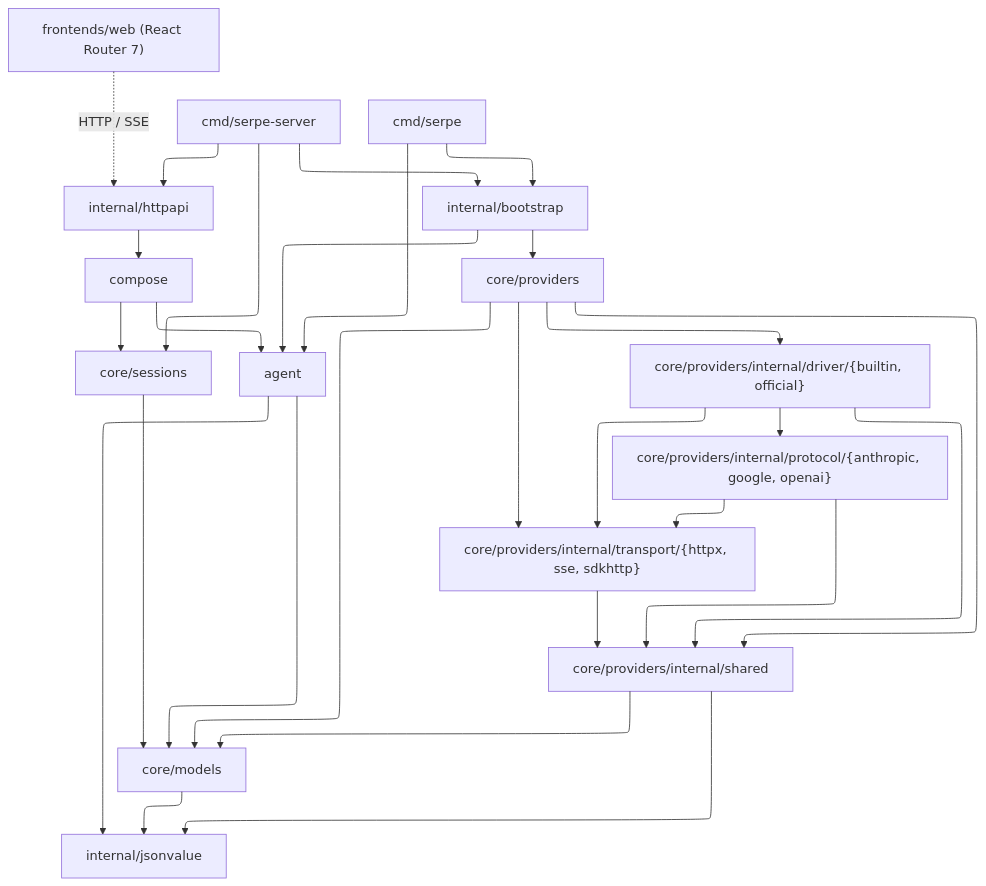
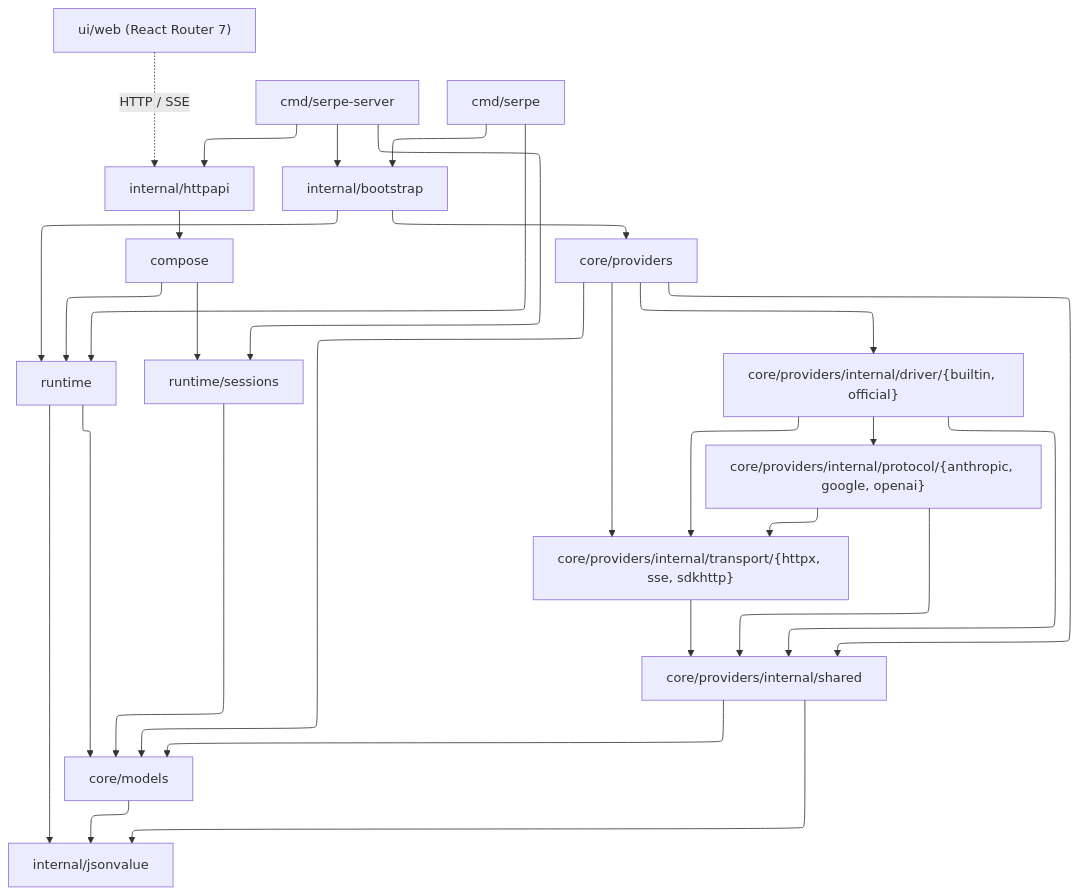
Before and after one commit to h2cone/serpe: the first of 3 diagrams in README.md, drawn with Mermaid. The commit also changed other lines of this file and 113 other files, not shown here.

````diff
--- a/README.md
+++ b/README.md
@@ -9,57 +9,57 @@
 ```mermaid
 %%{init: {"flowchart": {"defaultRenderer": "elk"}}}%%
 flowchart TB
     %% Entrypoints
-    web["frontends/web (React Router 7)"]
+    web["ui/web (React Router 7)"]
     serve["cmd/serpe-server"]
     cli["cmd/serpe"]
 
     %% Application seams and runtime modules
     httpapi["internal/httpapi"]
     compose["compose"]
     bootstrap["internal/bootstrap"]
-    sessions["core/sessions"]
-    agent["agent"]
+    runtime["runtime"]
+    sessions["runtime/sessions"]
     providers["core/providers"]
 
     %% Provider internals
     drivers["core/providers/internal/driver/{builtin, official}"]
     protocols["core/providers/internal/protocol/{anthropic, google, openai}"]
     transports["core/providers/internal/transport/{httpx, sse, sdkhttp}"]
     shared["core/providers/internal/shared"]
 
     %% Shared contracts and leaf utilities
     models["core/models"]
     jsonvalue["internal/jsonvalue"]
 
     cli --> bootstrap
-    cli --> agent
+    cli --> runtime
     serve --> bootstrap
     serve --> httpapi
     serve --> sessions
     web -.->|HTTP / SSE| httpapi
 
-    bootstrap --> agent
+    bootstrap --> runtime
     bootstrap --> providers
     httpapi --> compose
-    compose --> agent
+    compose --> runtime
     compose --> sessions
 
-    agent --> models
-    agent --> jsonvalue
+    runtime --> models
+    runtime --> jsonvalue
     sessions --> models
     providers --> models
     providers --> drivers
     providers --> shared
     providers --> transports
 
     drivers --> protocols
     drivers --> shared
     drivers --> transports
     protocols --> shared
     protocols --> transports
     transports --> shared
     shared --> models
     shared --> jsonvalue
     models --> jsonvalue
 ```
````
